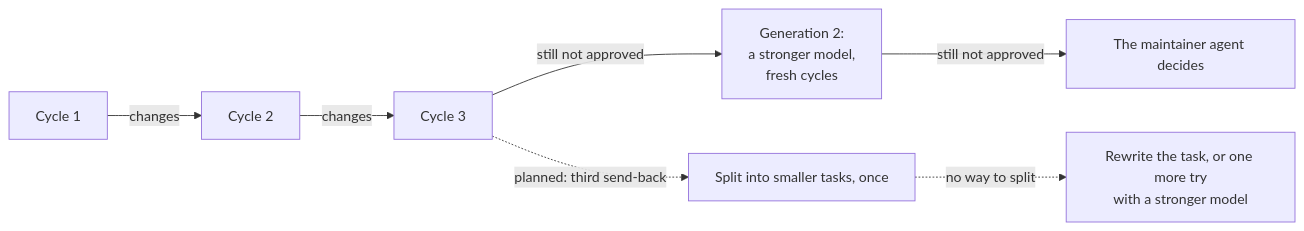
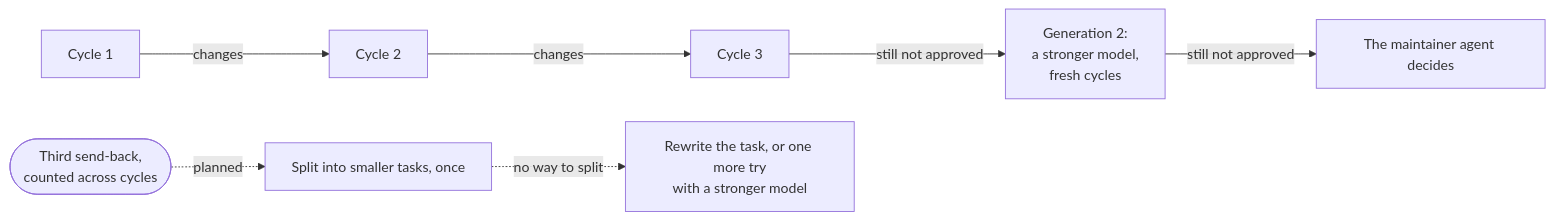
Before and after one commit to shinyredapples/intakt: the second of 4 diagrams in docs/guide/the-engine-room.md, drawn with Mermaid. The commit also changed other lines of this file and 3 other files, not shown here.

````diff
--- a/docs/guide/the-engine-room.md
+++ b/docs/guide/the-engine-room.md
@@ -92,8 +92,8 @@
 ```mermaid
 flowchart LR
   c1[Cycle 1] -- changes --> c2[Cycle 2] -- changes --> c3[Cycle 3]
   c3 -- still not approved --> g2[Generation 2:<br/>a stronger model,<br/>fresh cycles]
   g2 -- still not approved --> m[The maintainer agent decides]
-  c3 -. "planned: third send-back" .-> s[Split into smaller tasks, once]
+  sb([Third send-back,<br/>counted across cycles]) -. planned .-> s[Split into smaller tasks, once]
   s -. "no way to split" .-> r[Rewrite the task, or one more try<br/>with a stronger model]
 ```
````
